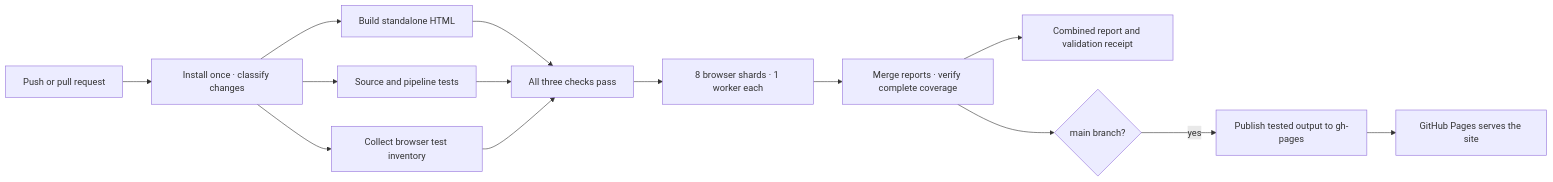
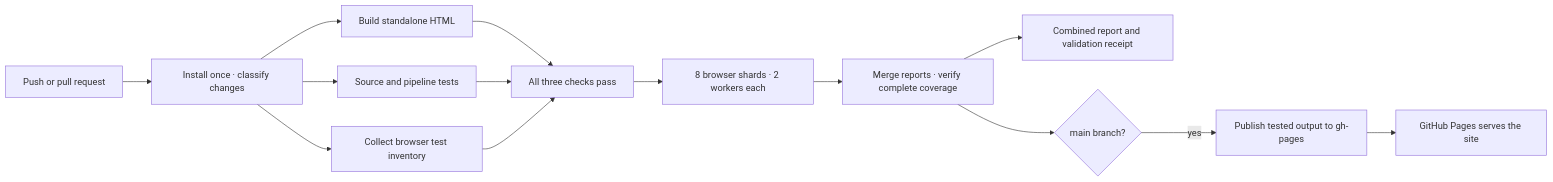
Before and after one commit to james-crowley/wedding: the diagram in README.md, drawn with Mermaid. The commit also changed other lines of this file and 19 other files, not shown here.

````diff
--- a/README.md
+++ b/README.md
@@ -58,16 +67,16 @@
 ```mermaid
 flowchart LR
   Push[Push or pull request] --> Install[Install once · classify changes]
   Install --> Build[Build standalone HTML]
   Install --> Unit[Source and pipeline tests]
   Install --> Inventory[Collect browser test inventory]
   Build --> Ready[All three checks pass]
   Unit --> Ready
   Inventory --> Ready
-  Ready --> Split[8 browser shards · 1 worker each]
+  Ready --> Split[8 browser shards · 2 workers each]
   Split --> Merge[Merge reports · verify complete coverage]
   Merge --> Artifacts[Combined report and validation receipt]
   Merge --> Main{main branch?}
   Main -->|yes| Pages[Publish tested output to gh-pages]
   Pages --> Hosting[GitHub Pages serves the site]
 ```
````
